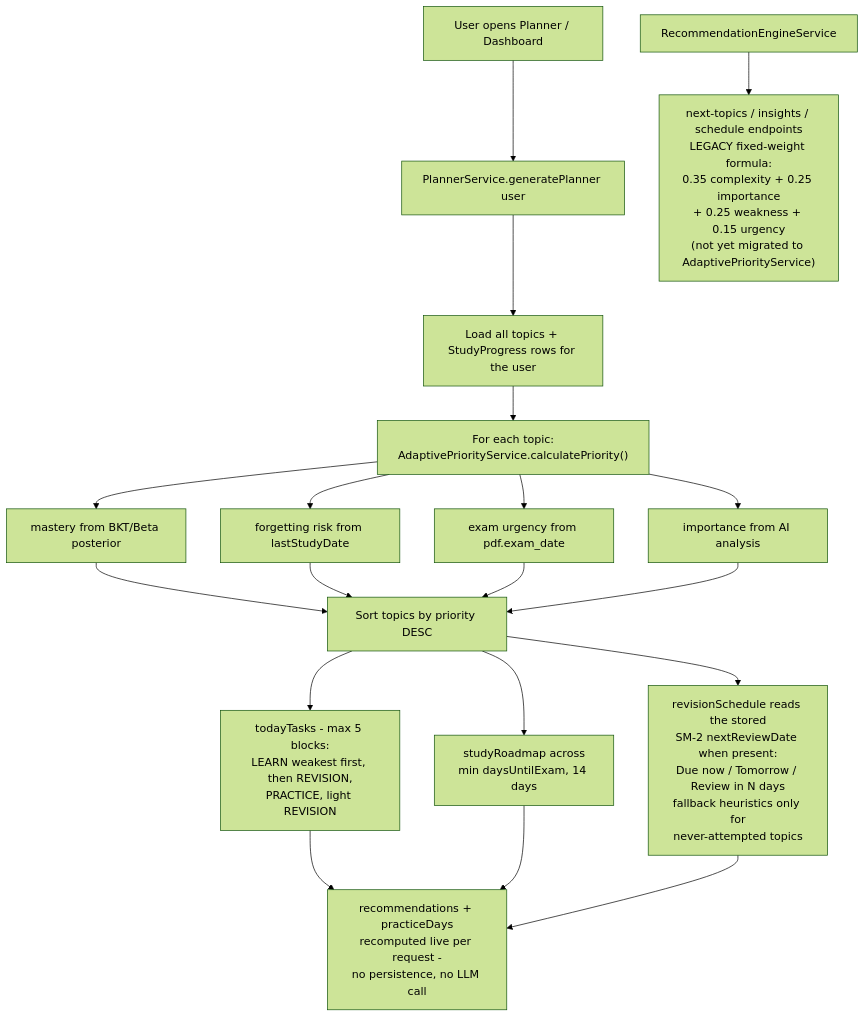
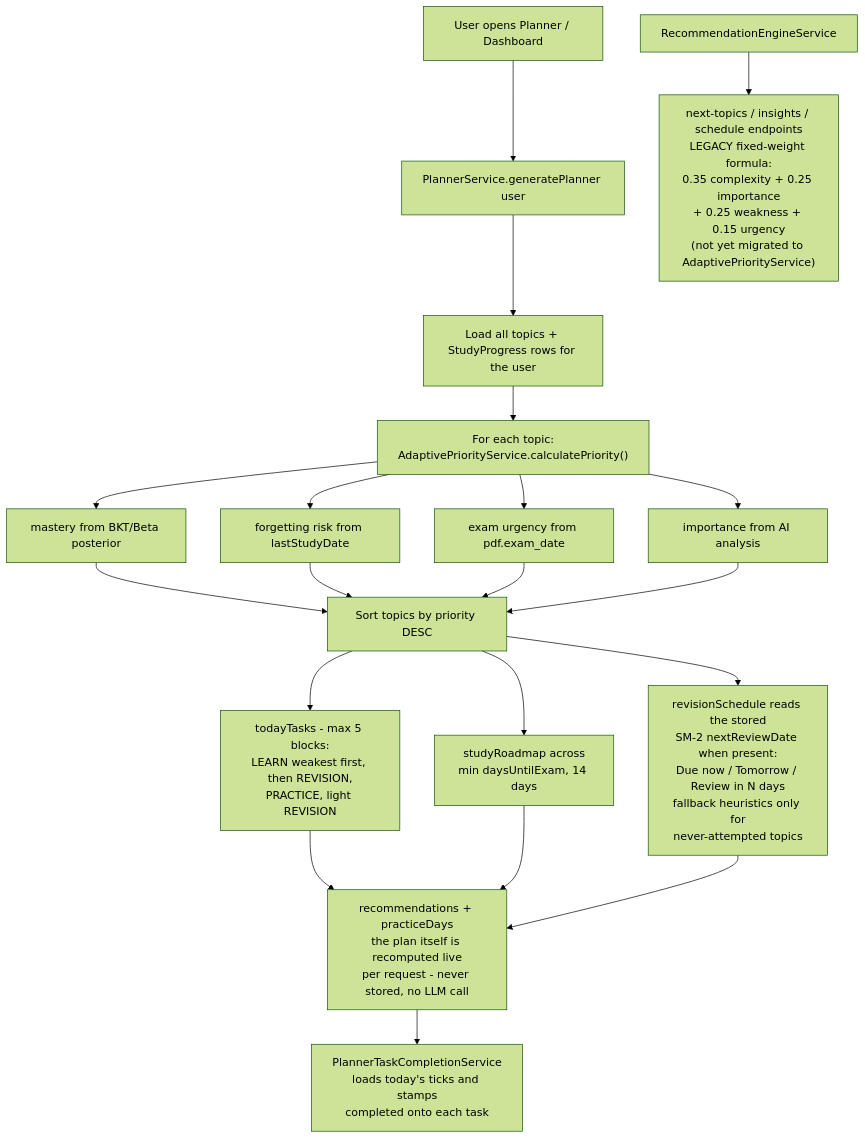
Before and after one commit to itsujwal11/aiStudyPlanner: the fifth of 5 diagrams in docs/WORKFLOW.md, drawn with Mermaid (forest theme). The commit also changed other lines of this file and 11 other files, not shown here.

Commit message:
architecture modification

````diff
--- a/docs/WORKFLOW.md
+++ b/docs/WORKFLOW.md
@@ -440,17 +512,18 @@
 ```mermaid
 flowchart TD
     A[User opens Planner / Dashboard] --> B[PlannerService.generatePlanner user]
     B --> C[Load all topics + StudyProgress rows for the user]
     C --> D["For each topic:<br/>AdaptivePriorityService.calculatePriority()"]
     D --> E1[mastery from BKT/Beta posterior]
     D --> E2[forgetting risk from lastStudyDate]
     D --> E3[exam urgency from pdf.exam_date]
     D --> E4[importance from AI analysis]
     E1 & E2 & E3 & E4 --> F[Sort topics by priority DESC]
     F --> G["todayTasks - max 5 blocks:<br/>LEARN weakest first, then REVISION,<br/>PRACTICE, light REVISION"]
     F --> H["studyRoadmap across<br/>min daysUntilExam, 14 days"]
     F --> I["revisionSchedule reads the stored<br/>SM-2 nextReviewDate when present:<br/>Due now / Tomorrow / Review in N days<br/>fallback heuristics only for<br/>never-attempted topics"]
-    G & H & I --> J["recommendations + practiceDays<br/>recomputed live per request -<br/>no persistence, no LLM call"]
+    G & H & I --> J["recommendations + practiceDays<br/>the plan itself is recomputed live<br/>per request - never stored, no LLM call"]
+    J --> M["PlannerTaskCompletionService<br/>loads today's ticks and stamps<br/>completed onto each task"]
 
     K[RecommendationEngineService] --> L["next-topics / insights / schedule endpoints<br/>LEGACY fixed-weight formula:<br/>0.35 complexity + 0.25 importance<br/>+ 0.25 weakness + 0.15 urgency<br/>(not yet migrated to AdaptivePriorityService)"]
 ```
````
